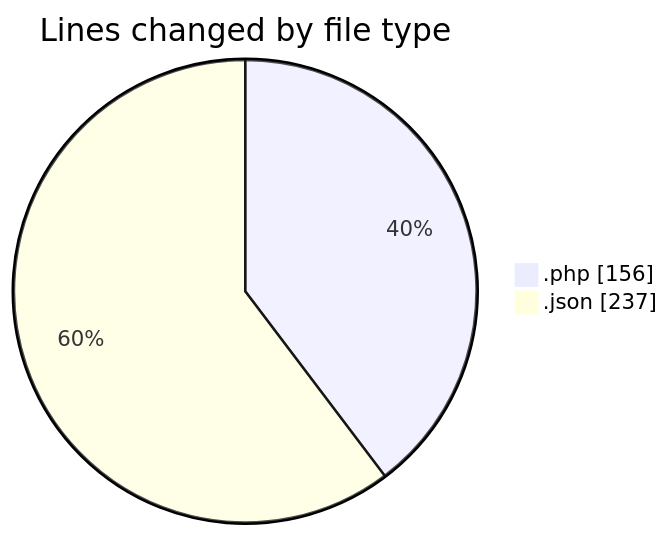
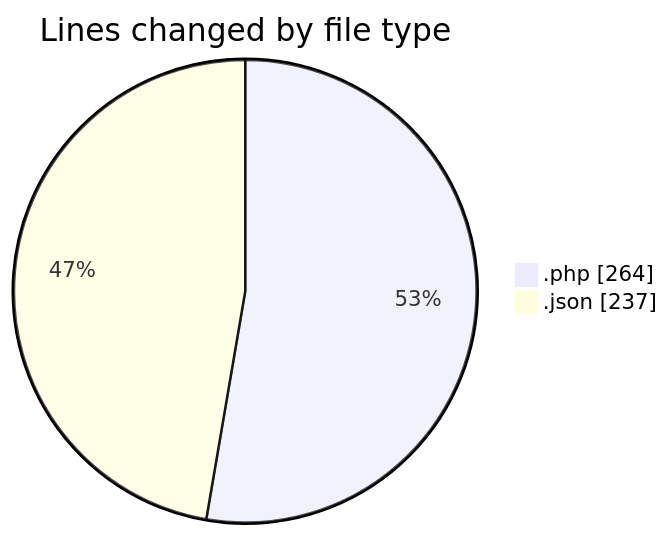
Before and after one commit to idhammustaqopulfikri/code-tracking: the first of 2 diagrams in 2025-05-26/bookingpodcas/README.md, drawn with Mermaid. The commit also changed other lines of this file and 1 other file, not shown here.

````diff
--- a/2025-05-26/bookingpodcas/README.md
+++ b/2025-05-26/bookingpodcas/README.md
@@ -24,6 +25,6 @@
 ```mermaid
 pie showData
 title Lines changed by file type
-".php" : 156
+".php" : 264
 ".json" : 237
 ```
````
